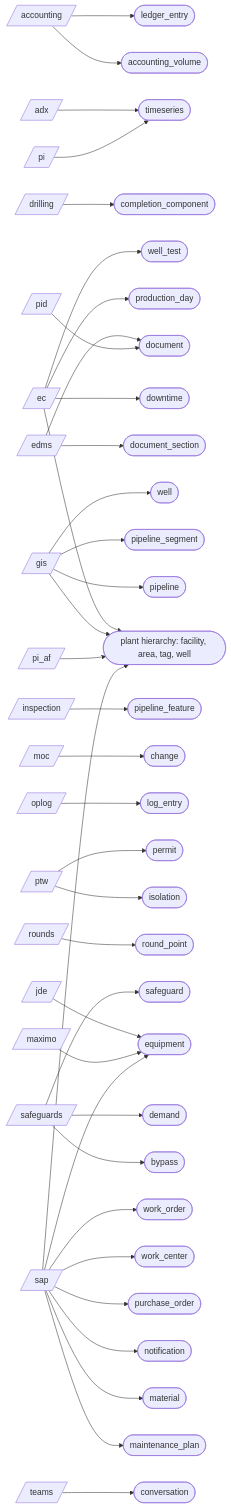
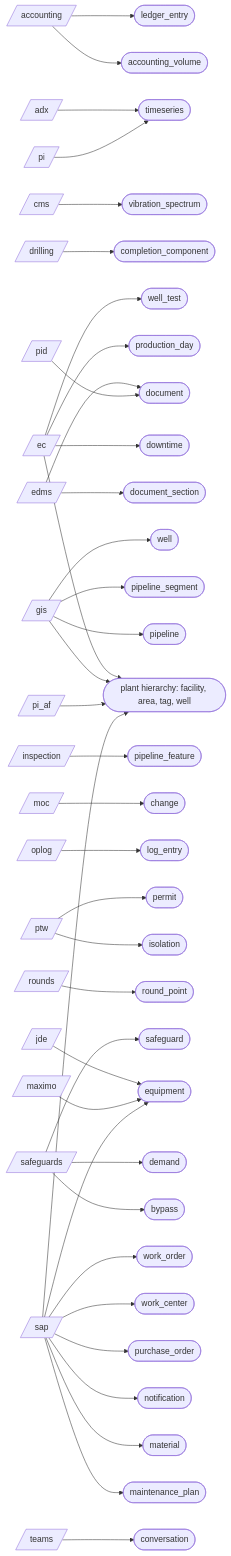
Before and after one commit to areed145/fuzer: the second of 3 diagrams in docs/architecture.md, drawn with Mermaid. The commit also changed other lines of this file and 15 other files, not shown here.

```diff
--- a/docs/architecture.md
+++ b/docs/architecture.md
@@ -81,6 +81,7 @@
 flowchart LR
   src_accounting[/"accounting"/]
   src_adx[/"adx"/]
+  src_cms[/"cms"/]
   src_drilling[/"drilling"/]
   src_ec[/"ec"/]
   src_edms[/"edms"/]
@@ -124,6 +125,7 @@
   kind_round_point(["round_point"])
   kind_safeguard(["safeguard"])
   kind_timeseries(["timeseries"])
+  kind_vibration_spectrum(["vibration_spectrum"])
   kind_well(["well"])
   kind_well_test(["well_test"])
   kind_work_center(["work_center"])
@@ -131,6 +133,7 @@
   src_accounting --> kind_accounting_volume
   src_accounting --> kind_ledger_entry
   src_adx --> kind_timeseries
+  src_cms --> kind_vibration_spectrum
   src_drilling --> kind_completion_component
   src_ec --> kind_downtime
   src_ec --> kind_plant_hierarchy__facility__area__tag__well
```
